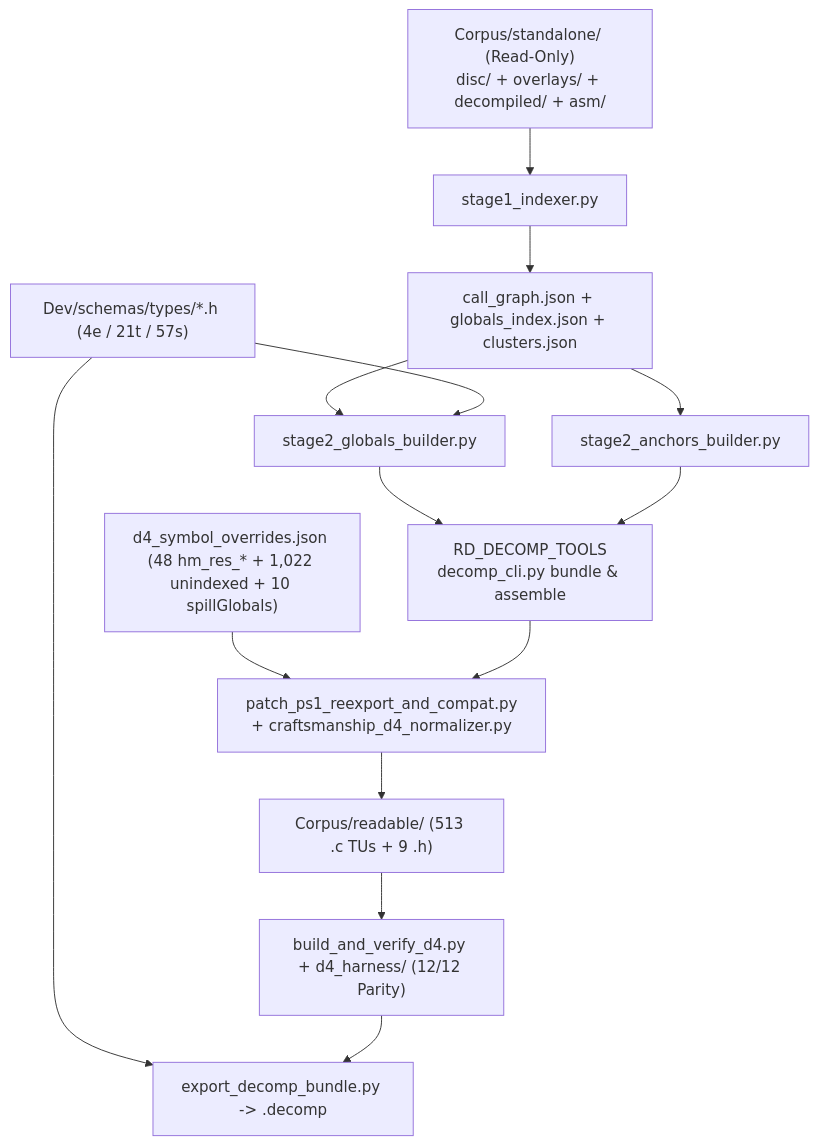
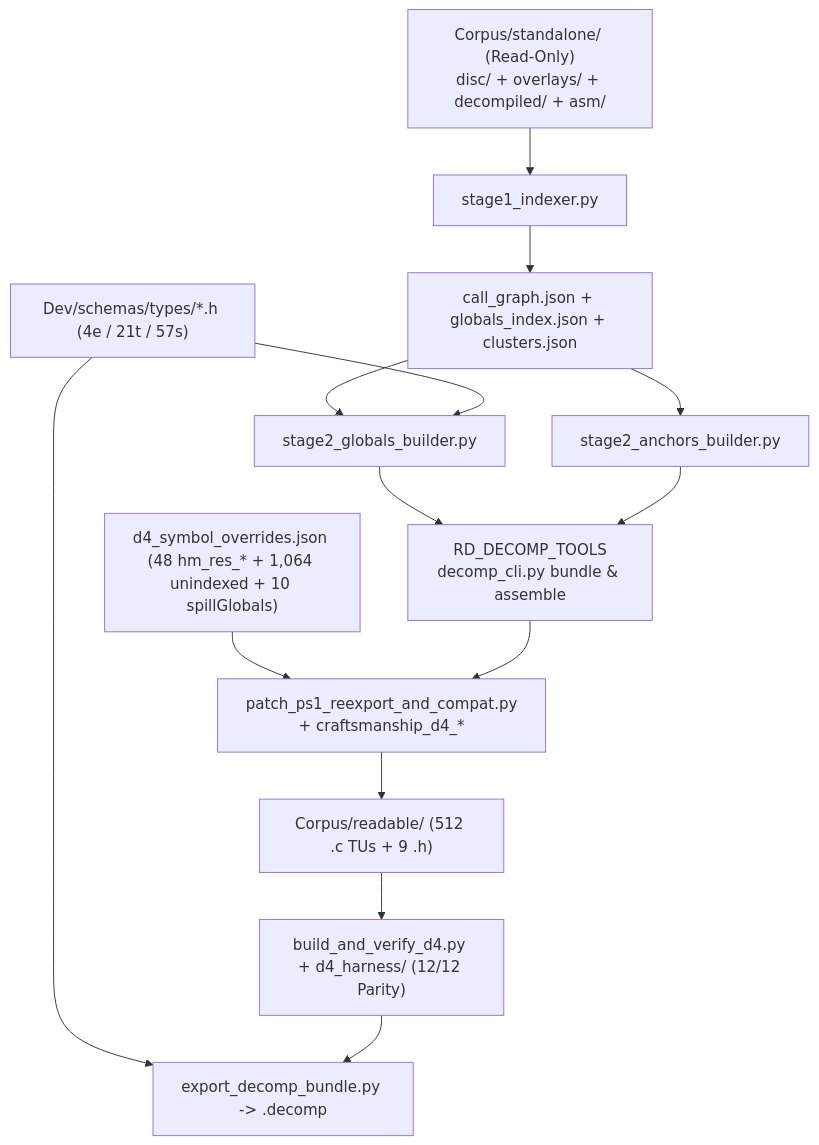
The second of 2 diagrams in Dev/docs/ARCHITECTURE.md (StreamResearch/HarvestMoonBackToNature-PlayStation), drawn with Mermaid before and after one commit. The commit also changed other lines of this file and 50 other files, not shown here.

````diff
--- a/Dev/docs/ARCHITECTURE.md
+++ b/Dev/docs/ARCHITECTURE.md
@@ -31,16 +31,16 @@
 ```mermaid
 flowchart TB
     CS["Corpus/standalone/ (Read-Only)\ndisc/ + overlays/ + decompiled/ + asm/"] --> S1["stage1_indexer.py"]
     S1 --> JSON1["call_graph.json + globals_index.json + clusters.json"]
     JSON1 --> S2G["stage2_globals_builder.py"]
     JSON1 --> S2A["stage2_anchors_builder.py"]
     Types["Dev/schemas/types/*.h (4e / 21t / 57s)"] --> S2G
     S2G --> Bundle["RD_DECOMP_TOOLS\ndecomp_cli.py bundle & assemble"]
     S2A --> Bundle
-    Overrides["d4_symbol_overrides.json (48 hm_res_* + 1,022 unindexed + 10 spillGlobals)"] --> Norm["patch_ps1_reexport_and_compat.py\n+ craftsmanship_d4_normalizer.py"]
+    Overrides["d4_symbol_overrides.json (48 hm_res_* + 1,064 unindexed + 10 spillGlobals)"] --> Norm["patch_ps1_reexport_and_compat.py\n+ craftsmanship_d4_*"]
     Bundle --> Norm
-    Norm --> Readable["Corpus/readable/ (513 .c TUs + 9 .h)"]
+    Norm --> Readable["Corpus/readable/ (512 .c TUs + 9 .h)"]
     Readable --> BuildD4["build_and_verify_d4.py + d4_harness/ (12/12 Parity)"]
     Types --> Export["export_decomp_bundle.py -> .decomp"]
     BuildD4 --> Export
 ```
````
